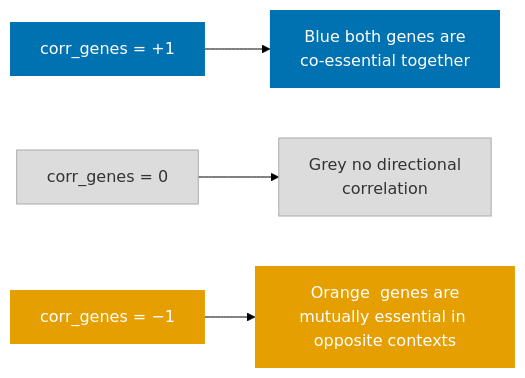
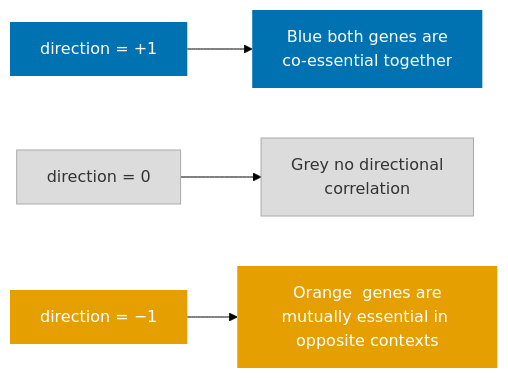
One commit to EMBL-EBI-ABC/PerturbationCatalogue changed the third of 3 diagrams in coessentiality_feature/documentation/single_gene_workflow.md. Above: the diagram before and after it, drawn with Mermaid (forest theme). The commit also changed other lines of this file and 8 other files, not shown here.

````diff
--- a/coessentiality_feature/documentation/single_gene_workflow.md
+++ b/coessentiality_feature/documentation/single_gene_workflow.md
@@ -65,11 +65,11 @@
 ```mermaid
 flowchart LR
 
 classDef pos fill:#0072B2,color:#fff,stroke:none
 classDef neu fill:#DCDCDC,color:#333,stroke:#aaa
 classDef neg fill:#E69F00,color:#fff,stroke:none
 
-A[corr_genes = +1]:::pos --> B[Blue  both genes are\nco-essential together]:::pos
-C[corr_genes = 0]:::neu --> D[Grey  no directional\ncorrelation]:::neu
-E[corr_genes = −1]:::neg --> F[Orange  genes are\nmutually essential in opposite contexts]:::neg
+A[direction = +1]:::pos --> B[Blue  both genes are\nco-essential together]:::pos
+C[direction = 0]:::neu --> D[Grey  no directional\ncorrelation]:::neu
+E[direction = −1]:::neg --> F[Orange  genes are\nmutually essential in opposite contexts]:::neg
 ```
````
